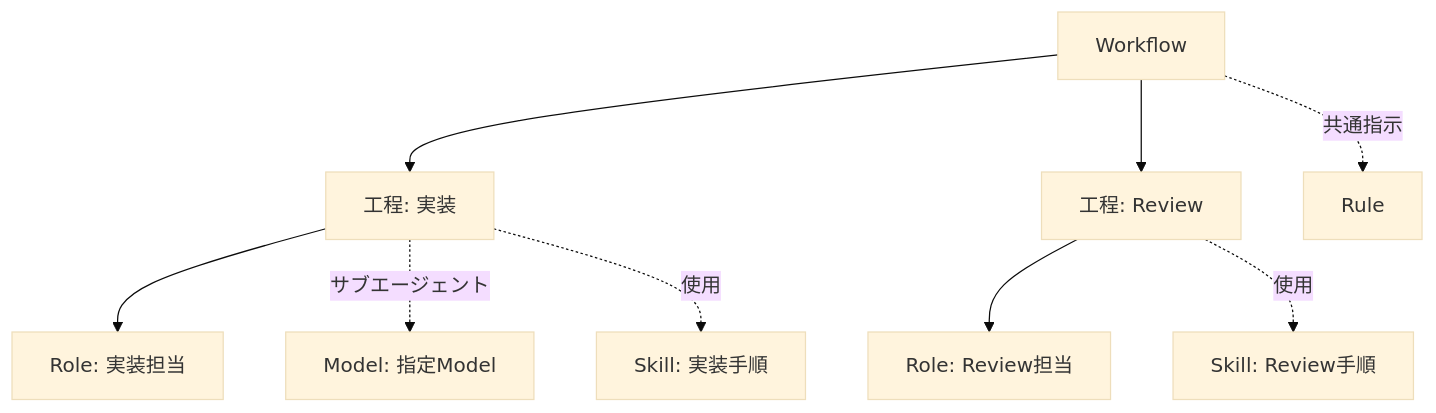
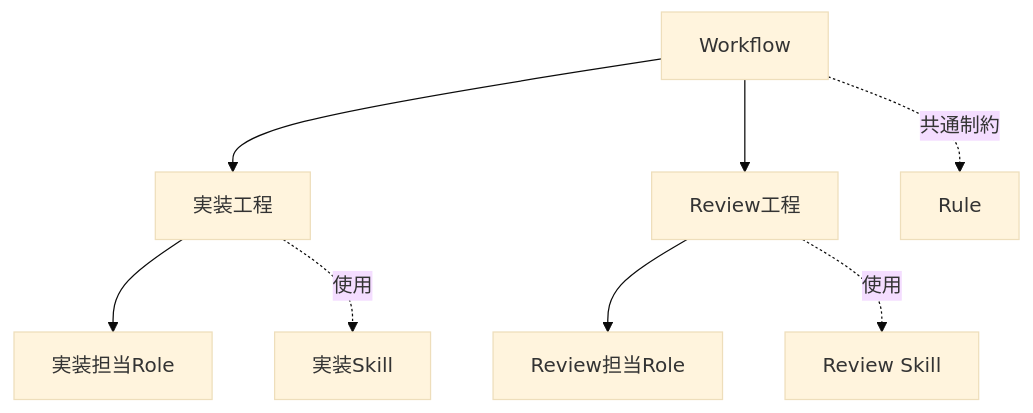
Before and after one commit to Memoria-ll/agent-asset-control-layer-personal: the second of 4 diagrams in README.ja.md, drawn with Mermaid (base theme). The commit also changed other lines of this file and 1 other file, not shown here.

````diff
--- a/README.ja.md
+++ b/README.ja.md
@@ -100,11 +47,10 @@
 ```mermaid
 flowchart TD
-    W[Workflow] --> S1[工程: 実装]
-    W --> S2[工程: Review]
-    S1 --> R1[Role: 実装担当]
-    S2 --> R2[Role: Review担当]
-    S1 -. サブエージェント .-> M1[Model: 指定Model]
-    S1 -. 使用 .-> K1[Skill: 実装手順]
-    S2 -. 使用 .-> K2[Skill: Review手順]
-    W -. 共通指示 .-> Rule[Rule]
+    W[Workflow] --> S1[実装工程]
+    W --> S2[Review工程]
+    S1 --> R1[実装担当Role]
+    S2 --> R2[Review担当Role]
+    S1 -. 使用 .-> K1[実装Skill]
+    S2 -. 使用 .-> K2[Review Skill]
+    W -. 共通制約 .-> Rule[Rule]
 ```
````
